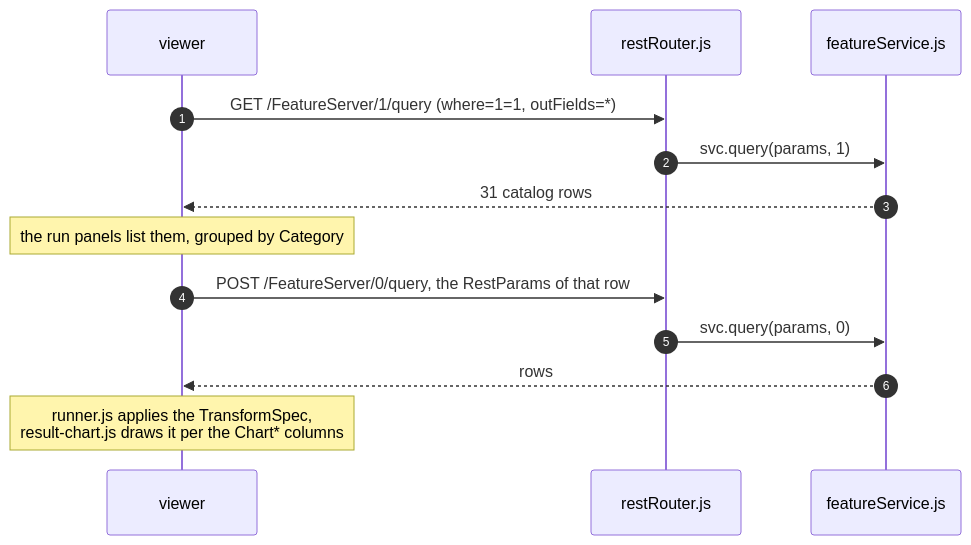
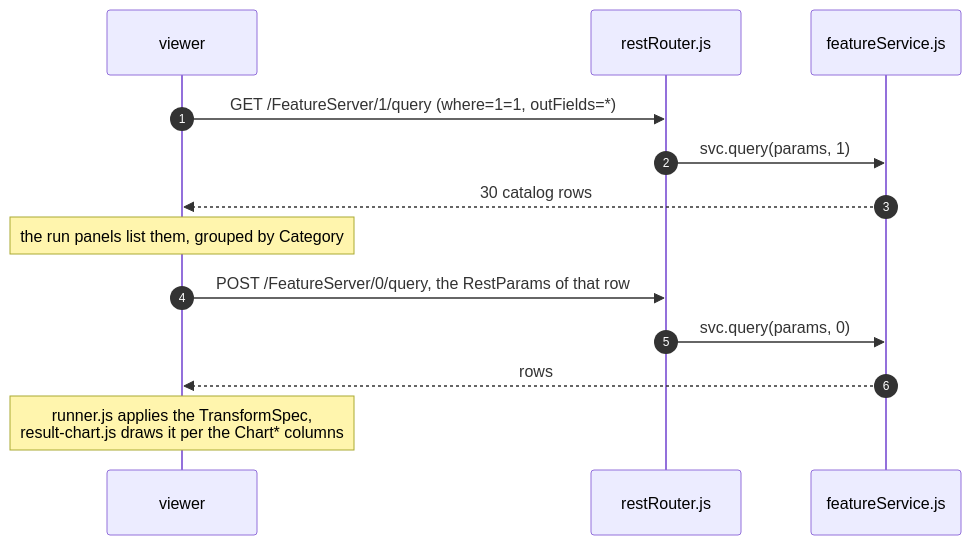
Before and after one commit to AshleyGahl/arcgis-rest-query-library: the fourth of 5 diagrams in docs/architecture.md, drawn with Mermaid. The commit also changed other lines of this file and 26 other files, not shown here.

````diff
--- a/docs/architecture.md
+++ b/docs/architecture.md
@@ -283,15 +283,15 @@
 ```mermaid
 sequenceDiagram
   autonumber
   participant V as viewer
   participant R as restRouter.js
   participant E as featureService.js
   V->>R: GET /FeatureServer/1/query (where=1=1, outFields=*)
   R->>E: svc.query(params, 1)
-  E-->>V: 31 catalog rows
+  E-->>V: 30 catalog rows
   Note over V: the run panels list them, grouped by Category
   V->>R: POST /FeatureServer/0/query, the RestParams of that row
   R->>E: svc.query(params, 0)
   E-->>V: rows
   Note over V: runner.js applies the TransformSpec,<br/>result-chart.js draws it per the Chart* columns
 ```
````
